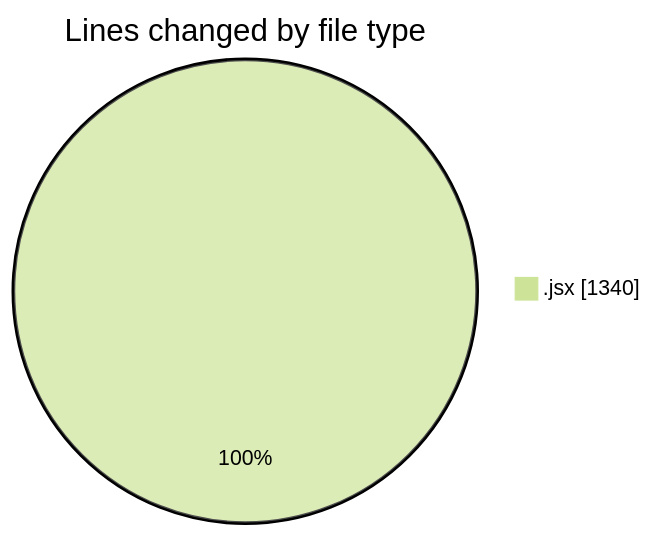
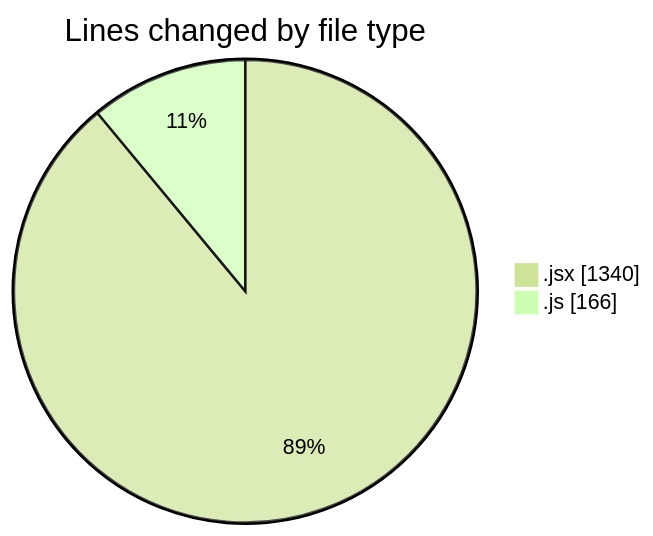
The first of 2 diagrams in 2025-12-28/nxtqube_webapp/README.md (nxtqubesakshisongat/code-tracking), drawn with Mermaid (forest theme) before and after one commit. The commit also changed other lines of this file and 1 other file, not shown here.

````diff
--- a/2025-12-28/nxtqube_webapp/README.md
+++ b/2025-12-28/nxtqube_webapp/README.md
@@ -20,5 +21,6 @@
 ```mermaid
 pie showData
 title Lines changed by file type
 ".jsx" : 1340
+".js" : 166
 ```
````
